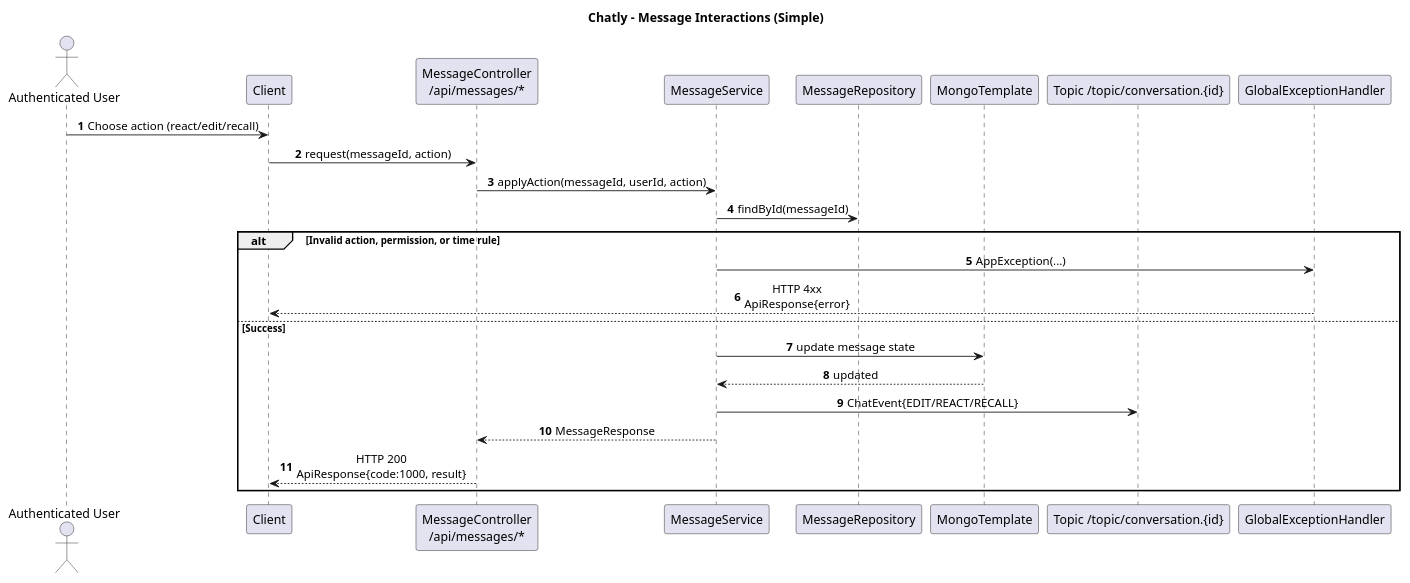
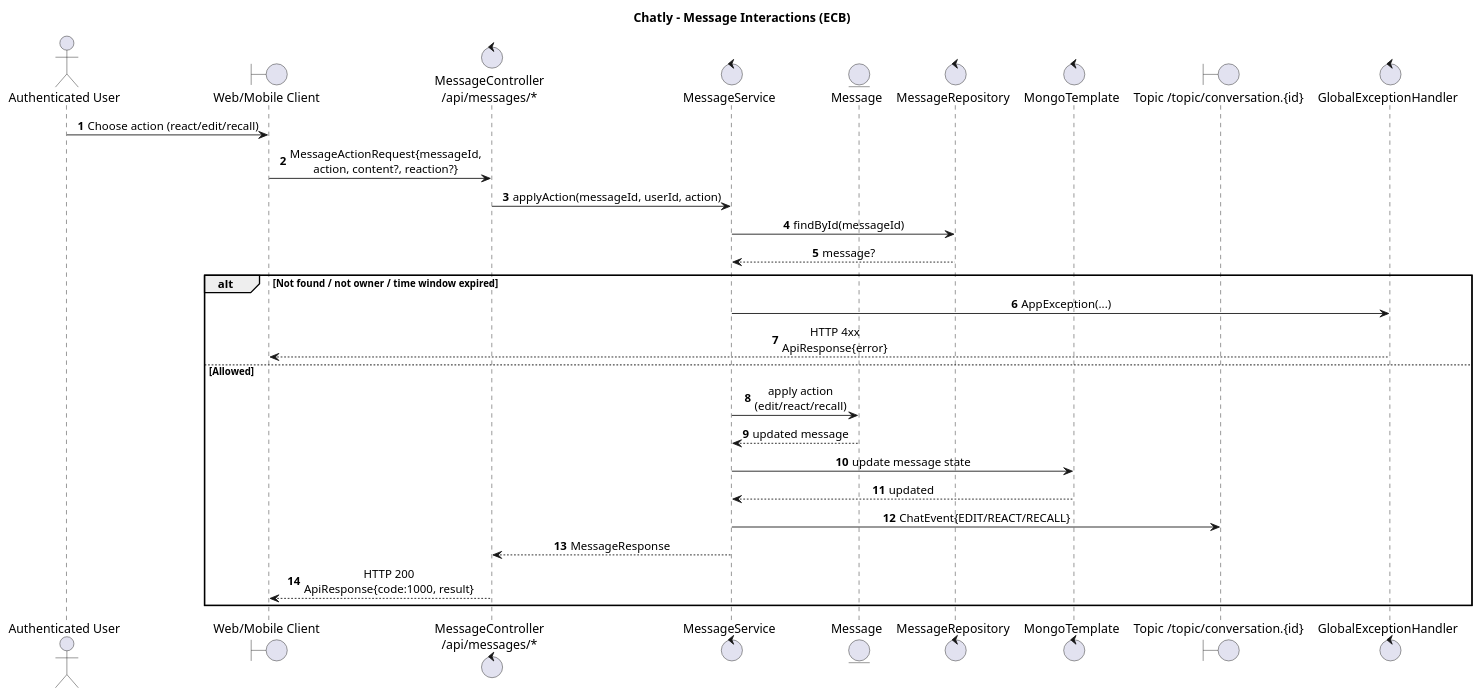
Before and after one commit to giasinguyen/chatly-messaging-platform: the diagram in _resources/diagram/Chatly_Sequence_Message_Interactions.puml, drawn with PlantUML. The commit also changed 13 other files, not shown here.

First line of the commit message:
Refactor sequence diagrams and update story privacy handling

```diff
--- a/_resources/diagram/Chatly_Sequence_Message_Interactions.puml
+++ b/_resources/diagram/Chatly_Sequence_Message_Interactions.puml
@@ -1,33 +1,38 @@
 @startuml Chatly_Sequence_Message_Interactions
-title Chatly - Message Interactions (Simple)
+title Chatly - Message Interactions (ECB)
 
 autonumber
 skinparam sequenceMessageAlign center
 skinparam responseMessageBelowArrow true
 
-actor "Authenticated User" as U
-participant "Client" as Client
-participant "MessageController\n/api/messages/*" as MessageController
-participant "MessageService" as MessageService
-participant "MessageRepository" as MessageRepo
-participant "MongoTemplate" as MongoTemplate
-participant "Topic /topic/conversation.{id}" as TopicConversation
-participant "GlobalExceptionHandler" as ExceptionHandler
+actor "Authenticated User" as User
+boundary "Web/Mobile Client" as Client
+control "MessageController\n/api/messages/*" as MessageController
+control "MessageService" as MessageService
+entity "Message" as MessageEntity
+control "MessageRepository" as MessageRepo
+control "MongoTemplate" as MongoTemplate
+boundary "Topic /topic/conversation.{id}" as TopicConversation
+control "GlobalExceptionHandler" as ExceptionHandler
 
-U -> Client: Choose action (react/edit/recall)
-Client -> MessageController: request(messageId, action)
+User -> Client: Choose action (react/edit/recall)
+Client -> MessageController: MessageActionRequest{messageId,\naction, content?, reaction?}
 MessageController -> MessageService: applyAction(messageId, userId, action)
+
 MessageService -> MessageRepo: findById(messageId)
+MessageRepo --> MessageService: message?
 
-alt Invalid action, permission, or time rule
+alt Not found / not owner / time window expired
   MessageService -> ExceptionHandler: AppException(...)
   ExceptionHandler --> Client: HTTP 4xx\nApiResponse{error}
-else Success
+else Allowed
+  MessageService -> MessageEntity: apply action\n(edit/react/recall)
+  MessageEntity --> MessageService: updated message
   MessageService -> MongoTemplate: update message state
   MongoTemplate --> MessageService: updated
   MessageService -> TopicConversation: ChatEvent{EDIT/REACT/RECALL}
   MessageService --> MessageController: MessageResponse
   MessageController --> Client: HTTP 200\nApiResponse{code:1000, result}
 end
 
 @enduml
```
